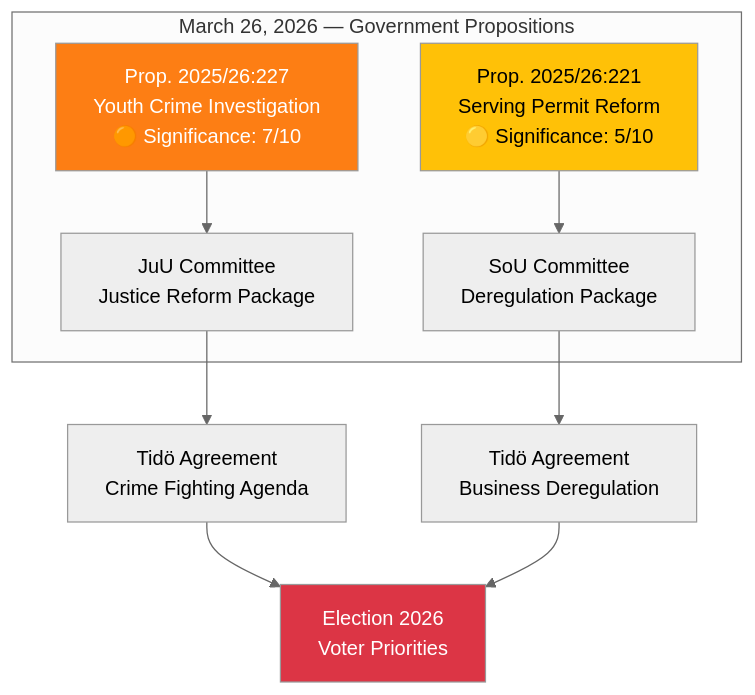
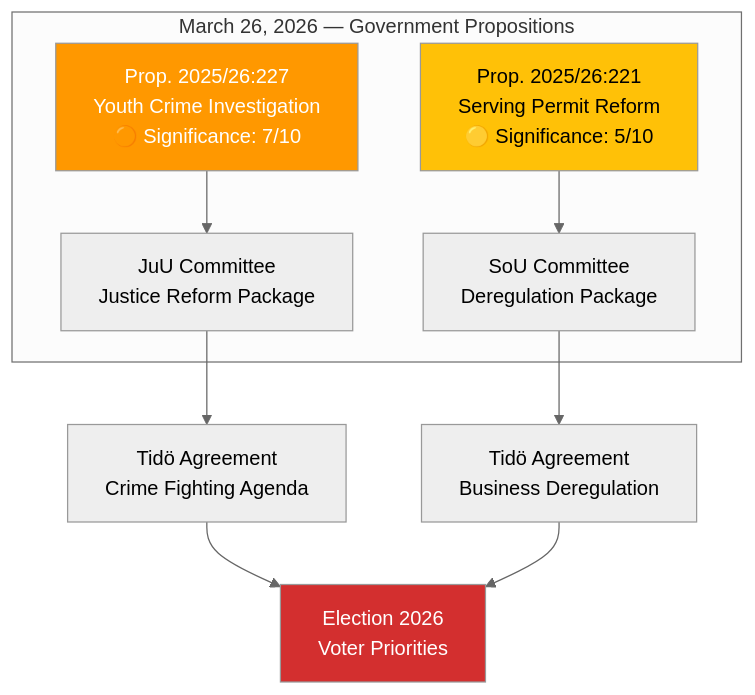
One commit to Hack23/riksdagsmonitor changed the diagram in analysis/daily/2026-03-26/synthesis-summary.md. Above: the diagram before and after it, drawn with Mermaid (neutral theme). The commit also changed 785 other files, not shown here.

First line of the commit message:
Normalize mermaid colors across 786 analysis artifacts to ISMS Style Guide palette

````diff
--- a/analysis/daily/2026-03-26/synthesis-summary.md
+++ b/analysis/daily/2026-03-26/synthesis-summary.md
@@ -13,17 +13,17 @@
 ```mermaid
 graph TD
     subgraph "March 26, 2026 — Government Propositions"
         A["Prop. 2025/26:227<br/>Youth Crime Investigation<br/>🟠 Significance: 7/10"] --> B["JuU Committee<br/>Justice Reform Package"]
         C["Prop. 2025/26:221<br/>Serving Permit Reform<br/>🟡 Significance: 5/10"] --> D["SoU Committee<br/>Deregulation Package"]
     end
     
     B --> E["Tidö Agreement<br/>Crime Fighting Agenda"]
     D --> F["Tidö Agreement<br/>Business Deregulation"]
     
     E --> G["Election 2026<br/>Voter Priorities"]
     F --> G
     
-    style A fill:#fd7e14,color:#fff
-    style C fill:#ffc107,color:#000
-    style G fill:#dc3545,color:#fff
+    style A fill:#FF9800,color:#FFFFFF
+    style C fill:#FFC107,color:#000000
+    style G fill:#D32F2F,color:#FFFFFF
 ```
````
